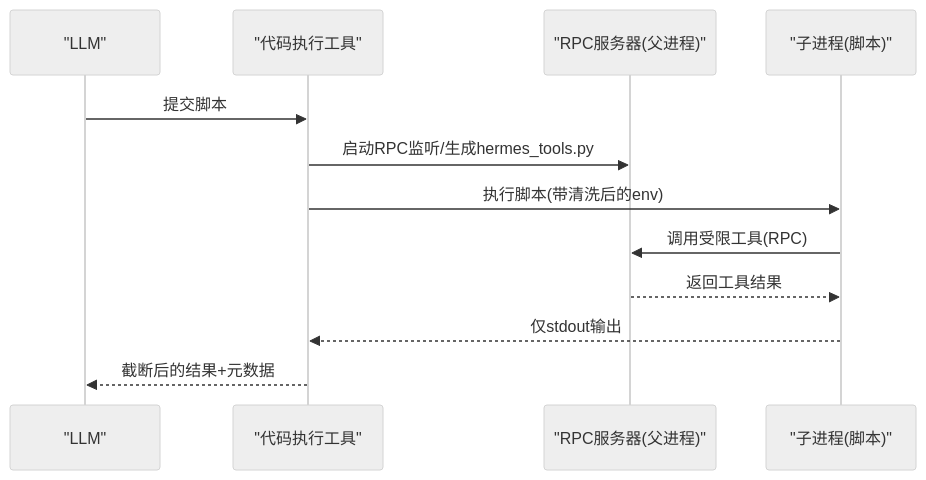
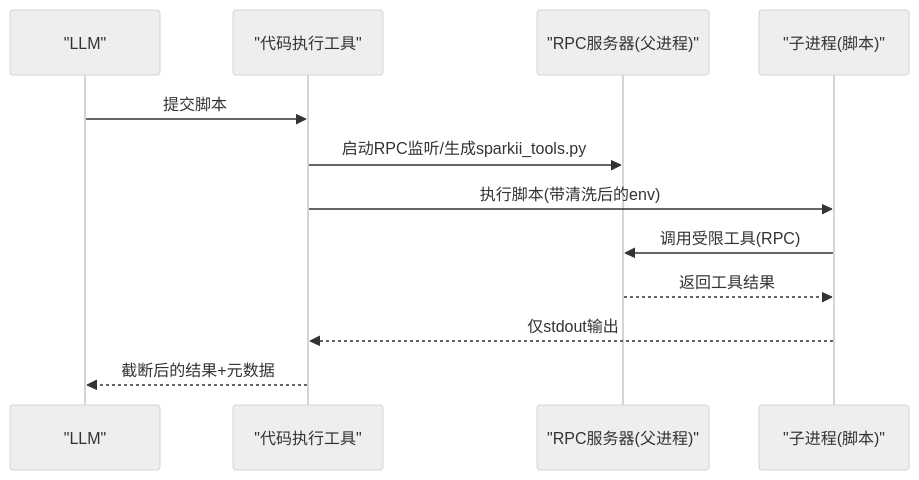
Before and after one commit to YueDJ/SpaikiiDesktop: the fourth of 7 diagrams in .qoder/repowiki/zh/content/用户指南/桌面应用使用指南/工具使用指南/工具使用指南.md, drawn with Mermaid (neutral theme). The commit also changed 299 other files, not shown here.

````diff
--- a/.qoder/repowiki/zh/content/用户指南/桌面应用使用指南/工具使用指南/工具使用指南.md
+++ b/.qoder/repowiki/zh/content/用户指南/桌面应用使用指南/工具使用指南/工具使用指南.md
@@ -159,14 +159,14 @@
 ```mermaid
 sequenceDiagram
 participant L as "LLM"
 participant E as "代码执行工具"
 participant S as "RPC服务器(父进程)"
 participant P as "子进程(脚本)"
 L->>E : 提交脚本
-E->>S : 启动RPC监听/生成hermes_tools.py
+E->>S : 启动RPC监听/生成sparkii_tools.py
 E->>P : 执行脚本(带清洗后的env)
 P->>S : 调用受限工具(RPC)
 S-->>P : 返回工具结果
 P-->>E : 仅stdout输出
 E-->>L : 截断后的结果+元数据
 ```
````
